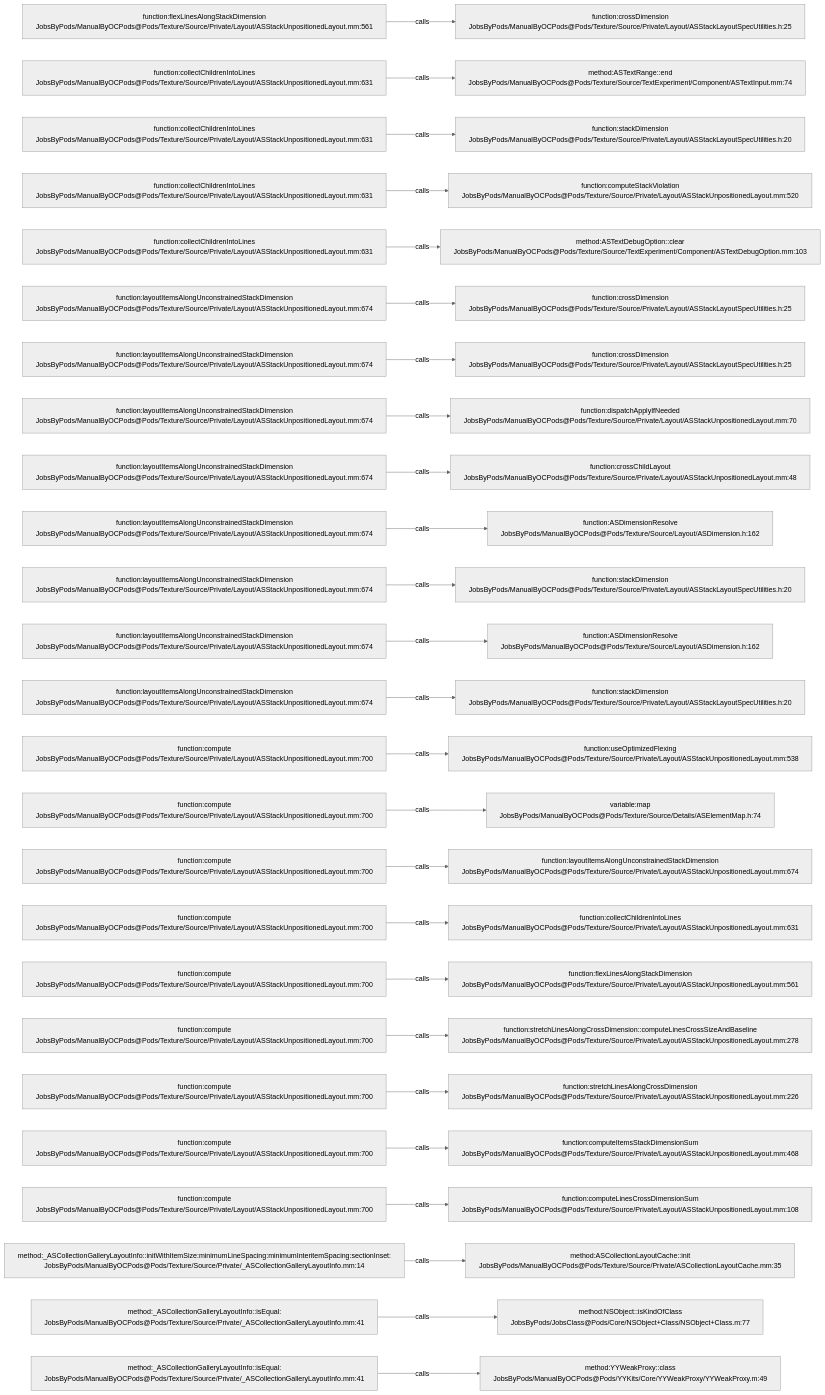
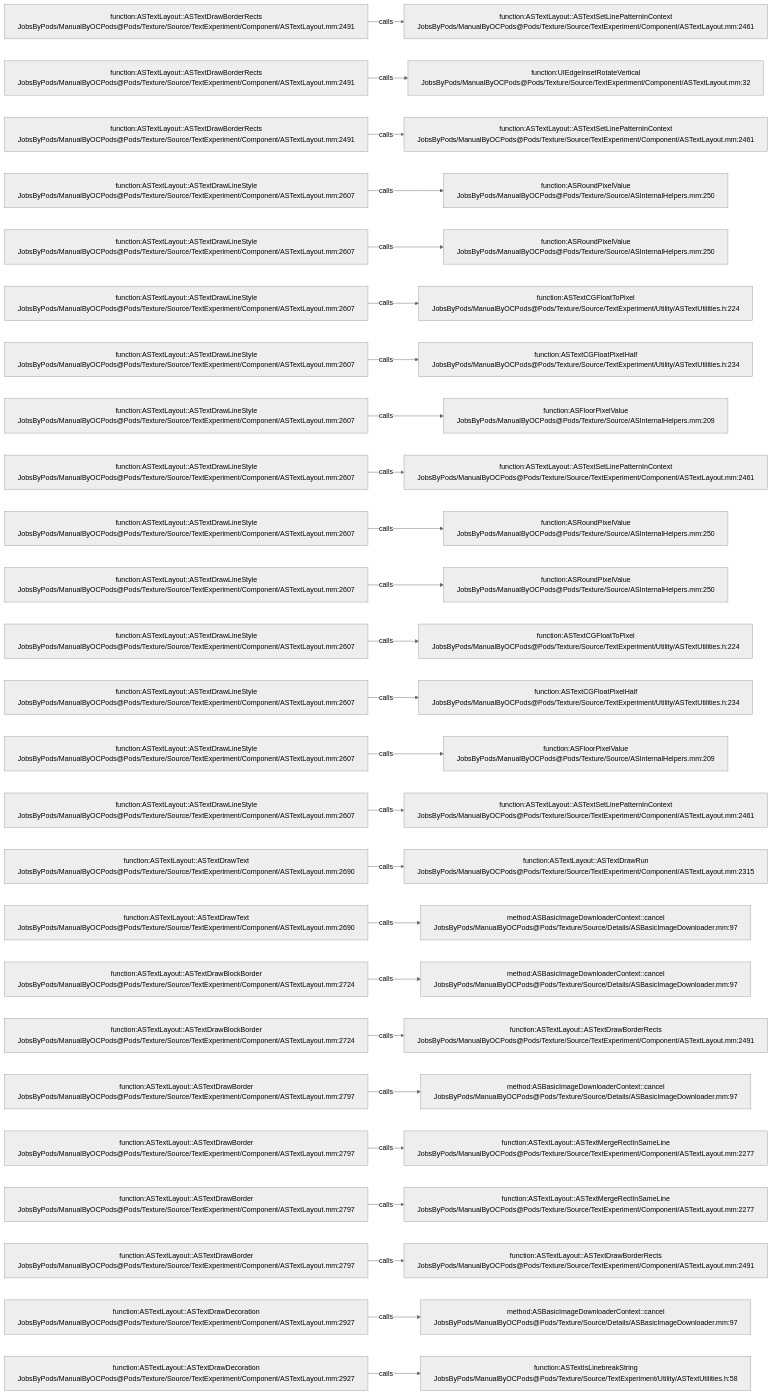
Before and after one commit to JobsKits/JobsOCBaseConfigDemo: the diagram in .codegraph/codegraph.md/graphs/calls-188.md, drawn with Mermaid (neutral theme). The commit also changed 2723 other files, not shown here.

````diff
--- a/.codegraph/codegraph.md/graphs/calls-188.md
+++ b/.codegraph/codegraph.md/graphs/calls-188.md
@@ -13,78 +13,78 @@
 ```mermaid
 flowchart LR
-  S1["function:flexLinesAlongStackDimension<br/>JobsByPods/ManualByOCPods@Pods/Texture/Source/Private/Layout/ASStackUnpositionedLayout.mm:561"]
-  T1["function:crossDimension<br/>JobsByPods/ManualByOCPods@Pods/Texture/Source/Private/Layout/ASStackLayoutSpecUtilities.h:25"]
+  S1["function:ASTextLayout::ASTextDrawBorderRects<br/>JobsByPods/ManualByOCPods@Pods/Texture/Source/TextExperiment/Component/ASTextLayout.mm:2491"]
+  T1["function:ASTextLayout::ASTextSetLinePatternInContext<br/>JobsByPods/ManualByOCPods@Pods/Texture/Source/TextExperiment/Component/ASTextLayout.mm:2461"]
   S1 -->|calls| T1
-  S2["function:collectChildrenIntoLines<br/>JobsByPods/ManualByOCPods@Pods/Texture/Source/Private/Layout/ASStackUnpositionedLayout.mm:631"]
-  T2["method:ASTextRange::end<br/>JobsByPods/ManualByOCPods@Pods/Texture/Source/TextExperiment/Component/ASTextInput.mm:74"]
+  S2["function:ASTextLayout::ASTextDrawBorderRects<br/>JobsByPods/ManualByOCPods@Pods/Texture/Source/TextExperiment/Component/ASTextLayout.mm:2491"]
+  T2["function:UIEdgeInsetRotateVertical<br/>JobsByPods/ManualByOCPods@Pods/Texture/Source/TextExperiment/Component/ASTextLayout.mm:32"]
   S2 -->|calls| T2
-  S3["function:collectChildrenIntoLines<br/>JobsByPods/ManualByOCPods@Pods/Texture/Source/Private/Layout/ASStackUnpositionedLayout.mm:631"]
-  T3["function:stackDimension<br/>JobsByPods/ManualByOCPods@Pods/Texture/Source/Private/Layout/ASStackLayoutSpecUtilities.h:20"]
+  S3["function:ASTextLayout::ASTextDrawBorderRects<br/>JobsByPods/ManualByOCPods@Pods/Texture/Source/TextExperiment/Component/ASTextLayout.mm:2491"]
+  T3["function:ASTextLayout::ASTextSetLinePatternInContext<br/>JobsByPods/ManualByOCPods@Pods/Texture/Source/TextExperiment/Component/ASTextLayout.mm:2461"]
   S3 -->|calls| T3
-  S4["function:collectChildrenIntoLines<br/>JobsByPods/ManualByOCPods@Pods/Texture/Source/Private/Layout/ASStackUnpositionedLayout.mm:631"]
-  T4["function:computeStackViolation<br/>JobsByPods/ManualByOCPods@Pods/Texture/Source/Private/Layout/ASStackUnpositionedLayout.mm:520"]
+  S4["function:ASTextLayout::ASTextDrawLineStyle<br/>JobsByPods/ManualByOCPods@Pods/Texture/Source/TextExperiment/Component/ASTextLayout.mm:2607"]
+  T4["function:ASRoundPixelValue<br/>JobsByPods/ManualByOCPods@Pods/Texture/Source/ASInternalHelpers.mm:250"]
   S4 -->|calls| T4
-  S5["function:collectChildrenIntoLines<br/>JobsByPods/ManualByOCPods@Pods/Texture/Source/Private/Layout/ASStackUnpositionedLayout.mm:631"]
-  T5["method:ASTextDebugOption::clear<br/>JobsByPods/ManualByOCPods@Pods/Texture/Source/TextExperiment/Component/ASTextDebugOption.mm:103"]
+  S5["function:ASTextLayout::ASTextDrawLineStyle<br/>JobsByPods/ManualByOCPods@Pods/Texture/Source/TextExperiment/Component/ASTextLayout.mm:2607"]
+  T5["function:ASRoundPixelValue<br/>JobsByPods/ManualByOCPods@Pods/Texture/Source/ASInternalHelpers.mm:250"]
   S5 -->|calls| T5
-  S6["function:layoutItemsAlongUnconstrainedStackDimension<br/>JobsByPods/ManualByOCPods@Pods/Texture/Source/Private/Layout/ASStackUnpositionedLayout.mm:674"]
-  T6["function:crossDimension<br/>JobsByPods/ManualByOCPods@Pods/Texture/Source/Private/Layout/ASStackLayoutSpecUtilities.h:25"]
+  S6["function:ASTextLayout::ASTextDrawLineStyle<br/>JobsByPods/ManualByOCPods@Pods/Texture/Source/TextExperiment/Component/ASTextLayout.mm:2607"]
+  T6["function:ASTextCGFloatToPixel<br/>JobsByPods/ManualByOCPods@Pods/Texture/Source/TextExperiment/Utility/ASTextUtilities.h:224"]
   S6 -->|calls| T6
-  S7["function:layoutItemsAlongUnconstrainedStackDimension<br/>JobsByPods/ManualByOCPods@Pods/Texture/Source/Private/Layout/ASStackUnpositionedLayout.mm:674"]
-  T7["function:crossDimension<br/>JobsByPods/ManualByOCPods@Pods/Texture/Source/Private/Layout/ASStackLayoutSpecUtilities.h:25"]
+  S7["function:ASTextLayout::ASTextDrawLineStyle<br/>JobsByPods/ManualByOCPods@Pods/Texture/Source/TextExperiment/Component/ASTextLayout.mm:2607"]
+  T7["function:ASTextCGFloatPixelHalf<br/>JobsByPods/ManualByOCPods@Pods/Texture/Source/TextExperiment/Utility/ASTextUtilities.h:234"]
   S7 -->|calls| T7
-  S8["function:layoutItemsAlongUnconstrainedStackDimension<br/>JobsByPods/ManualByOCPods@Pods/Texture/Source/Private/Layout/ASStackUnpositionedLayout.mm:674"]
-  T8["function:dispatchApplyIfNeeded<br/>JobsByPods/ManualByOCPods@Pods/Texture/Source/Private/Layout/ASStackUnpositionedLayout.mm:70"]
+  S8["function:ASTextLayout::ASTextDrawLineStyle<br/>JobsByPods/ManualByOCPods@Pods/Texture/Source/TextExperiment/Component/ASTextLayout.mm:2607"]
+  T8["function:ASFloorPixelValue<br/>JobsByPods/ManualByOCPods@Pods/Texture/Source/ASInternalHelpers.mm:209"]
   S8 -->|calls| T8
-  S9["function:layoutItemsAlongUnconstrainedStackDimension<br/>JobsByPods/ManualByOCPods@Pods/Texture/Source/Private/Layout/ASStackUnpositionedLayout.mm:674"]
-  T9["function:crossChildLayout<br/>JobsByPods/ManualByOCPods@Pods/Texture/Source/Private/Layout/ASStackUnpositionedLayout.mm:48"]
+  S9["function:ASTextLayout::ASTextDrawLineStyle<br/>JobsByPods/ManualByOCPods@Pods/Texture/Source/TextExperiment/Component/ASTextLayout.mm:2607"]
+  T9["function:ASTextLayout::ASTextSetLinePatternInContext<br/>JobsByPods/ManualByOCPods@Pods/Texture/Source/TextExperiment/Component/ASTextLayout.mm:2461"]
   S9 -->|calls| T9
-  S10["function:layoutItemsAlongUnconstrainedStackDimension<br/>JobsByPods/ManualByOCPods@Pods/Texture/Source/Private/Layout/ASStackUnpositionedLayout.mm:674"]
-  T10["function:ASDimensionResolve<br/>JobsByPods/ManualByOCPods@Pods/Texture/Source/Layout/ASDimension.h:162"]
+  S10["function:ASTextLayout::ASTextDrawLineStyle<br/>JobsByPods/ManualByOCPods@Pods/Texture/Source/TextExperiment/Component/ASTextLayout.mm:2607"]
+  T10["function:ASRoundPixelValue<br/>JobsByPods/ManualByOCPods@Pods/Texture/Source/ASInternalHelpers.mm:250"]
   S10 -->|calls| T10
-  S11["function:layoutItemsAlongUnconstrainedStackDimension<br/>JobsByPods/ManualByOCPods@Pods/Texture/Source/Private/Layout/ASStackUnpositionedLayout.mm:674"]
-  T11["function:stackDimension<br/>JobsByPods/ManualByOCPods@Pods/Texture/Source/Private/Layout/ASStackLayoutSpecUtilities.h:20"]
+  S11["function:ASTextLayout::ASTextDrawLineStyle<br/>JobsByPods/ManualByOCPods@Pods/Texture/Source/TextExperiment/Component/ASTextLayout.mm:2607"]
+  T11["function:ASRoundPixelValue<br/>JobsByPods/ManualByOCPods@Pods/Texture/Source/ASInternalHelpers.mm:250"]
   S11 -->|calls| T11
-  S12["function:layoutItemsAlongUnconstrainedStackDimension<br/>JobsByPods/ManualByOCPods@Pods/Texture/Source/Private/Layout/ASStackUnpositionedLayout.mm:674"]
-  T12["function:ASDimensionResolve<br/>JobsByPods/ManualByOCPods@Pods/Texture/Source/Layout/ASDimension.h:162"]
+  S12["function:ASTextLayout::ASTextDrawLineStyle<br/>JobsByPods/ManualByOCPods@Pods/Texture/Source/TextExperiment/Component/ASTextLayout.mm:2607"]
+  T12["function:ASTextCGFloatToPixel<br/>JobsByPods/ManualByOCPods@Pods/Texture/Source/TextExperiment/Utility/ASTextUtilities.h:224"]
   S12 -->|calls| T12
-  S13["function:layoutItemsAlongUnconstrainedStackDimension<br/>JobsByPods/ManualByOCPods@Pods/Texture/Source/Private/Layout/ASStackUnpositionedLayout.mm:674"]
-  T13["function:stackDimension<br/>JobsByPods/ManualByOCPods@Pods/Texture/Source/Private/Layout/ASStackLayoutSpecUtilities.h:20"]
+  S13["function:ASTextLayout::ASTextDrawLineStyle<br/>JobsByPods/ManualByOCPods@Pods/Texture/Source/TextExperiment/Component/ASTextLayout.mm:2607"]
+  T13["function:ASTextCGFloatPixelHalf<br/>JobsByPods/ManualByOCPods@Pods/Texture/Source/TextExperiment/Utility/ASTextUtilities.h:234"]
   S13 -->|calls| T13
-  S14["function:compute<br/>JobsByPods/ManualByOCPods@Pods/Texture/Source/Private/Layout/ASStackUnpositionedLayout.mm:700"]
-  T14["function:useOptimizedFlexing<br/>JobsByPods/ManualByOCPods@Pods/Texture/Source/Private/Layout/ASStackUnpositionedLayout.mm:538"]
+  S14["function:ASTextLayout::ASTextDrawLineStyle<br/>JobsByPods/ManualByOCPods@Pods/Texture/Source/TextExperiment/Component/ASTextLayout.mm:2607"]
+  T14["function:ASFloorPixelValue<br/>JobsByPods/ManualByOCPods@Pods/Texture/Source/ASInternalHelpers.mm:209"]
   S14 -->|calls| T14
-  S15["function:compute<br/>JobsByPods/ManualByOCPods@Pods/Texture/Source/Private/Layout/ASStackUnpositionedLayout.mm:700"]
-  T15["variable:map<br/>JobsByPods/ManualByOCPods@Pods/Texture/Source/Details/ASElementMap.h:74"]
+  S15["function:ASTextLayout::ASTextDrawLineStyle<br/>JobsByPods/ManualByOCPods@Pods/Texture/Source/TextExperiment/Component/ASTextLayout.mm:2607"]
+  T15["function:ASTextLayout::ASTextSetLinePatternInContext<br/>JobsByPods/ManualByOCPods@Pods/Texture/Source/TextExperiment/Component/ASTextLayout.mm:2461"]
   S15 -->|calls| T15
-  S16["function:compute<br/>JobsByPods/ManualByOCPods@Pods/Texture/Source/Private/Layout/ASStackUnpositionedLayout.mm:700"]
-  T16["function:layoutItemsAlongUnconstrainedStackDimension<br/>JobsByPods/ManualByOCPods@Pods/Texture/Source/Private/Layout/ASStackUnpositionedLayout.mm:674"]
+  S16["function:ASTextLayout::ASTextDrawText<br/>JobsByPods/ManualByOCPods@Pods/Texture/Source/TextExperiment/Component/ASTextLayout.mm:2690"]
+  T16["function:ASTextLayout::ASTextDrawRun<br/>JobsByPods/ManualByOCPods@Pods/Texture/Source/TextExperiment/Component/ASTextLayout.mm:2315"]
   S16 -->|calls| T16
-  S17["function:compute<br/>JobsByPods/ManualByOCPods@Pods/Texture/Source/Private/Layout/ASStackUnpositionedLayout.mm:700"]
-  T17["function:collectChildrenIntoLines<br/>JobsByPods/ManualByOCPods@Pods/Texture/Source/Private/Layout/ASStackUnpositionedLayout.mm:631"]
+  S17["function:ASTextLayout::ASTextDrawText<br/>JobsByPods/ManualByOCPods@Pods/Texture/Source/TextExperiment/Component/ASTextLayout.mm:2690"]
+  T17["method:ASBasicImageDownloaderContext::cancel<br/>JobsByPods/ManualByOCPods@Pods/Texture/Source/Details/ASBasicImageDownloader.mm:97"]
   S17 -->|calls| T17
-  S18["function:compute<br/>JobsByPods/ManualByOCPods@Pods/Texture/Source/Private/Layout/ASStackUnpositionedLayout.mm:700"]
-  T18["function:flexLinesAlongStackDimension<br/>JobsByPods/ManualByOCPods@Pods/Texture/Source/Private/Layout/ASStackUnpositionedLayout.mm:561"]
+  S18["function:ASTextLayout::ASTextDrawBlockBorder<br/>JobsByPods/ManualByOCPods@Pods/Texture/Source/TextExperiment/Component/ASTextLayout.mm:2724"]
+  T18["method:ASBasicImageDownloaderContext::cancel<br/>JobsByPods/ManualByOCPods@Pods/Texture/Source/Details/ASBasicImageDownloader.mm:97"]
   S18 -->|calls| T18
-  S19["function:compute<br/>JobsByPods/ManualByOCPods@Pods/Texture/Source/Private/Layout/ASStackUnpositionedLayout.mm:700"]
-  T19["function:stretchLinesAlongCrossDimension::computeLinesCrossSizeAndBaseline<br/>JobsByPods/ManualByOCPods@Pods/Texture/Source/Private/Layout/ASStackUnpositionedLayout.mm:278"]
+  S19["function:ASTextLayout::ASTextDrawBlockBorder<br/>JobsByPods/ManualByOCPods@Pods/Texture/Source/TextExperiment/Component/ASTextLayout.mm:2724"]
+  T19["function:ASTextLayout::ASTextDrawBorderRects<br/>JobsByPods/ManualByOCPods@Pods/Texture/Source/TextExperiment/Component/ASTextLayout.mm:2491"]
   S19 -->|calls| T19
-  S20["function:compute<br/>JobsByPods/ManualByOCPods@Pods/Texture/Source/Private/Layout/ASStackUnpositionedLayout.mm:700"]
-  T20["function:stretchLinesAlongCrossDimension<br/>JobsByPods/ManualByOCPods@Pods/Texture/Source/Private/Layout/ASStackUnpositionedLayout.mm:226"]
+  S20["function:ASTextLayout::ASTextDrawBorder<br/>JobsByPods/ManualByOCPods@Pods/Texture/Source/TextExperiment/Component/ASTextLayout.mm:2797"]
+  T20["method:ASBasicImageDownloaderContext::cancel<br/>JobsByPods/ManualByOCPods@Pods/Texture/Source/Details/ASBasicImageDownloader.mm:97"]
   S20 -->|calls| T20
-  S21["function:compute<br/>JobsByPods/ManualByOCPods@Pods/Texture/Source/Private/Layout/ASStackUnpositionedLayout.mm:700"]
-  T21["function:computeItemsStackDimensionSum<br/>JobsByPods/ManualByOCPods@Pods/Texture/Source/Private/Layout/ASStackUnpositionedLayout.mm:468"]
+  S21["function:ASTextLayout::ASTextDrawBorder<br/>JobsByPods/ManualByOCPods@Pods/Texture/Source/TextExperiment/Component/ASTextLayout.mm:2797"]
+  T21["function:ASTextLayout::ASTextMergeRectInSameLine<br/>JobsByPods/ManualByOCPods@Pods/Texture/Source/TextExperiment/Component/ASTextLayout.mm:2277"]
   S21 -->|calls| T21
-  S22["function:compute<br/>JobsByPods/ManualByOCPods@Pods/Texture/Source/Private/Layout/ASStackUnpositionedLayout.mm:700"]
-  T22["function:computeLinesCrossDimensionSum<br/>JobsByPods/ManualByOCPods@Pods/Texture/Source/Private/Layout/ASStackUnpositionedLayout.mm:108"]
+  S22["function:ASTextLayout::ASTextDrawBorder<br/>JobsByPods/ManualByOCPods@Pods/Texture/Source/TextExperiment/Component/ASTextLayout.mm:2797"]
+  T22["function:ASTextLayout::ASTextMergeRectInSameLine<br/>JobsByPods/ManualByOCPods@Pods/Texture/Source/TextExperiment/Component/ASTextLayout.mm:2277"]
   S22 -->|calls| T22
-  S23["method:_ASCollectionGalleryLayoutInfo::initWithItemSize:minimumLineSpacing:minimumInteritemSpacing:sectionInset:<br/>JobsByPods/ManualByOCPods@Pods/Texture/Source/Private/_ASCollectionGalleryLayoutInfo.mm:14"]
-  T23["method:ASCollectionLayoutCache::init<br/>JobsByPods/ManualByOCPods@Pods/Texture/Source/Private/ASCollectionLayoutCache.mm:35"]
+  S23["function:ASTextLayout::ASTextDrawBorder<br/>JobsByPods/ManualByOCPods@Pods/Texture/Source/TextExperiment/Component/ASTextLayout.mm:2797"]
+  T23["function:ASTextLayout::ASTextDrawBorderRects<br/>JobsByPods/ManualByOCPods@Pods/Texture/Source/TextExperiment/Component/ASTextLayout.mm:2491"]
   S23 -->|calls| T23
-  S24["method:_ASCollectionGalleryLayoutInfo::isEqual:<br/>JobsByPods/ManualByOCPods@Pods/Texture/Source/Private/_ASCollectionGalleryLayoutInfo.mm:41"]
-  T24["method:NSObject::isKindOfClass<br/>JobsByPods/JobsClass@Pods/Core/NSObject+Class/NSObject+Class.m:77"]
+  S24["function:ASTextLayout::ASTextDrawDecoration<br/>JobsByPods/ManualByOCPods@Pods/Texture/Source/TextExperiment/Component/ASTextLayout.mm:2927"]
+  T24["method:ASBasicImageDownloaderContext::cancel<br/>JobsByPods/ManualByOCPods@Pods/Texture/Source/Details/ASBasicImageDownloader.mm:97"]
   S24 -->|calls| T24
-  S25["method:_ASCollectionGalleryLayoutInfo::isEqual:<br/>JobsByPods/ManualByOCPods@Pods/Texture/Source/Private/_ASCollectionGalleryLayoutInfo.mm:41"]
-  T25["method:YYWeakProxy::class<br/>JobsByPods/ManualByOCPods@Pods/YYKits/Core/YYWeakProxy/YYWeakProxy.m:49"]
+  S25["function:ASTextLayout::ASTextDrawDecoration<br/>JobsByPods/ManualByOCPods@Pods/Texture/Source/TextExperiment/Component/ASTextLayout.mm:2927"]
+  T25["function:ASTextIsLinebreakString<br/>JobsByPods/ManualByOCPods@Pods/Texture/Source/TextExperiment/Utility/ASTextUtilities.h:58"]
   S25 -->|calls| T25
 ```
````
